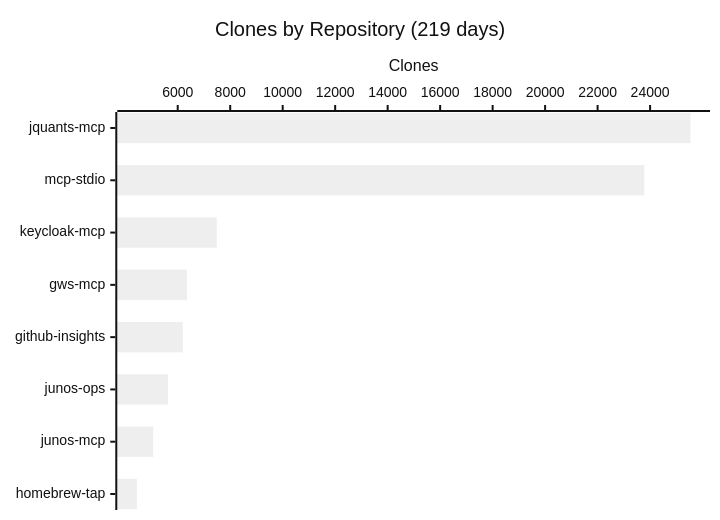
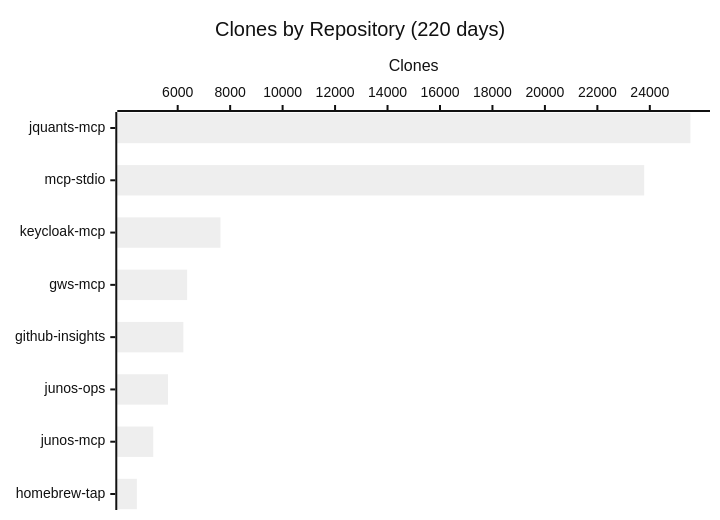
Before and after one commit to shigechika/github-insights: the fourth of 4 diagrams in README.md, drawn with Mermaid (neutral theme). The commit also changed other lines of this file and 2 other files, not shown here.

````diff
--- a/README.md
+++ b/README.md
@@ -58,7 +58,7 @@
 ```mermaid
 xychart-beta horizontal
-    title "Clones by Repository (219 days)"
+    title "Clones by Repository (220 days)"
     x-axis ["jquants-mcp", "mcp-stdio", "keycloak-mcp", "gws-mcp", "github-insights", "junos-ops", "junos-mcp", "homebrew-tap"]
     y-axis "Clones"
-    bar [25537, 23780, 7487, 6352, 6194, 5631, 5065, 4443]
+    bar [25548, 23786, 7630, 6361, 6216, 5632, 5069, 4443]
 ```
````
